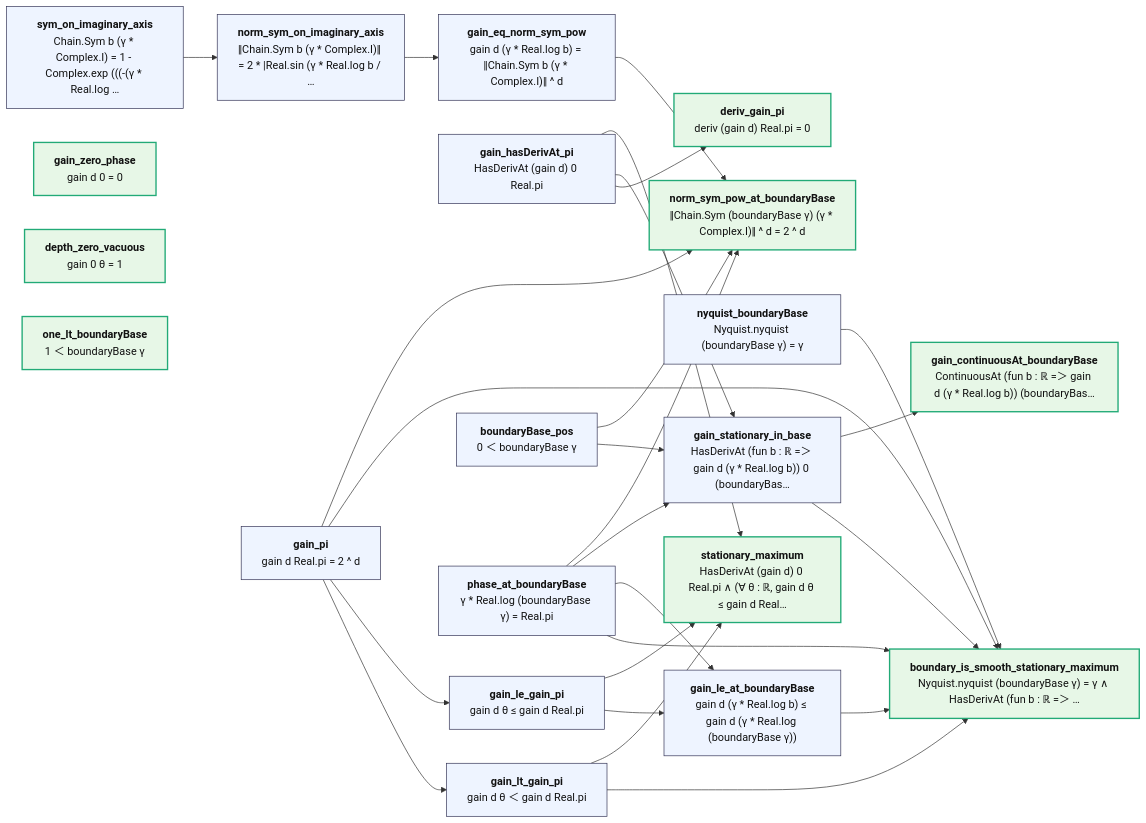
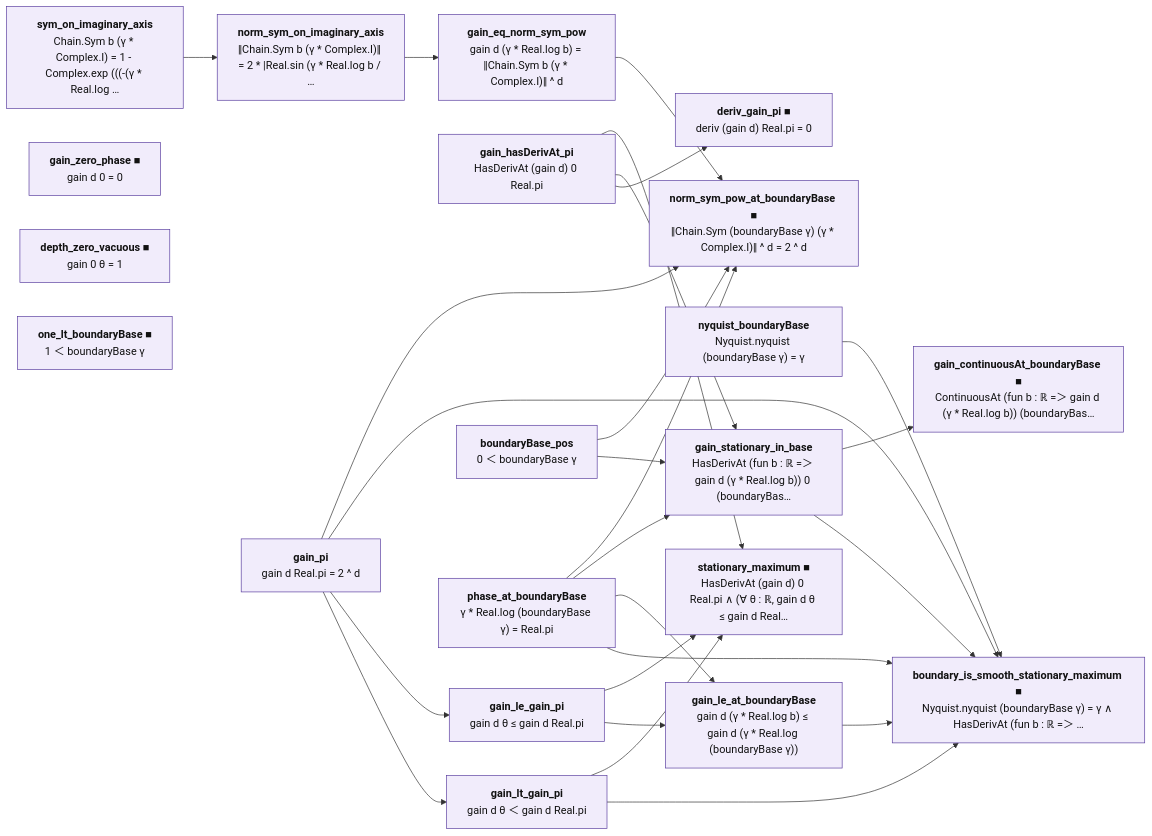
One commit to juliansambranojr/Primebeat_081426 changed the diagram in map/lean/NyquistPeak.md. Above: the diagram before and after it, drawn with Mermaid. The commit also changed other lines of this file and 398 other files, not shown here.

````diff
--- a/map/lean/NyquistPeak.md
+++ b/map/lean/NyquistPeak.md
@@ -12,52 +12,55 @@
 ```mermaid
 flowchart LR
-  n0["<b>sym_on_imaginary_axis</b><br/>Chain.Sym b (γ * Complex.I) = 1 - Complex.exp (((-(γ * Real.log …"]:::thm
-  n1["<b>norm_sym_on_imaginary_axis</b><br/>‖Chain.Sym b (γ * Complex.I)‖ = 2 * |Real.sin (γ * Real.log b / …"]:::thm
-  n2["<b>gain_eq_norm_sym_pow</b><br/>gain d (γ * Real.log b) = ‖Chain.Sym b (γ * Complex.I)‖ ^ d"]:::thm
-  n3["<b>gain_pi</b><br/>gain d Real.pi = 2 ^ d"]:::thm
-  n4["<b>gain_zero_phase</b><br/>gain d 0 = 0"]:::end_
-  n5["<b>gain_hasDerivAt_pi</b><br/>HasDerivAt (gain d) 0 Real.pi"]:::thm
-  n6["<b>deriv_gain_pi</b><br/>deriv (gain d) Real.pi = 0"]:::end_
-  n7["<b>gain_le_gain_pi</b><br/>gain d θ ≤ gain d Real.pi"]:::thm
-  n8["<b>gain_lt_gain_pi</b><br/>gain d θ ＜ gain d Real.pi"]:::thm
-  n9["<b>depth_zero_vacuous</b><br/>gain 0 θ = 1"]:::end_
-  n10["<b>stationary_maximum</b><br/>HasDerivAt (gain d) 0 Real.pi ∧ (∀ θ : ℝ, gain d θ ≤ gain d Real…"]:::end_
-  n11["<b>boundaryBase_pos</b><br/>0 ＜ boundaryBase γ"]:::thm
-  n12["<b>one_lt_boundaryBase</b><br/>1 ＜ boundaryBase γ"]:::end_
-  n13["<b>phase_at_boundaryBase</b><br/>γ * Real.log (boundaryBase γ) = Real.pi"]:::thm
-  n14["<b>nyquist_boundaryBase</b><br/>Nyquist.nyquist (boundaryBase γ) = γ"]:::thm
-  n15["<b>norm_sym_pow_at_boundaryBase</b><br/>‖Chain.Sym (boundaryBase γ) (γ * Complex.I)‖ ^ d = 2 ^ d"]:::end_
-  n16["<b>gain_stationary_in_base</b><br/>HasDerivAt (fun b : ℝ =＞ gain d (γ * Real.log b)) 0 (boundaryBas…"]:::thm
-  n17["<b>gain_continuousAt_boundaryBase</b><br/>ContinuousAt (fun b : ℝ =＞ gain d (γ * Real.log b)) (boundaryBas…"]:::end_
-  n18["<b>gain_le_at_boundaryBase</b><br/>gain d (γ * Real.log b) ≤ gain d (γ * Real.log (boundaryBase γ))"]:::thm
-  n19["<b>boundary_is_smooth_stationary_maximum</b><br/>Nyquist.nyquist (boundaryBase γ) = γ ∧ HasDerivAt (fun b : ℝ =＞ …"]:::end_
+  n0["<b>sym_on_imaginary_axis</b><br/>Chain.Sym b (γ * Complex.I) = 1 - Complex.exp (((-(γ * Real.log …"]:::shp
+  n1["<b>norm_sym_on_imaginary_axis</b><br/>‖Chain.Sym b (γ * Complex.I)‖ = 2 * |Real.sin (γ * Real.log b / …"]:::shp
+  n2["<b>gain_eq_norm_sym_pow</b><br/>gain d (γ * Real.log b) = ‖Chain.Sym b (γ * Complex.I)‖ ^ d"]:::shp
+  n3["<b>gain_pi</b><br/>gain d Real.pi = 2 ^ d"]:::shp
+  n4["<b>gain_zero_phase ■</b><br/>gain d 0 = 0"]:::shp
+  n5["<b>gain_hasDerivAt_pi</b><br/>HasDerivAt (gain d) 0 Real.pi"]:::shp
+  n6["<b>deriv_gain_pi ■</b><br/>deriv (gain d) Real.pi = 0"]:::shp
+  n7["<b>gain_le_gain_pi</b><br/>gain d θ ≤ gain d Real.pi"]:::shp
+  n8["<b>gain_lt_gain_pi</b><br/>gain d θ ＜ gain d Real.pi"]:::shp
+  n9["<b>depth_zero_vacuous ■</b><br/>gain 0 θ = 1"]:::shp
+  n10["<b>stationary_maximum ■</b><br/>HasDerivAt (gain d) 0 Real.pi ∧ (∀ θ : ℝ, gain d θ ≤ gain d Real…"]:::shp
+  n11["<b>boundaryBase_pos</b><br/>0 ＜ boundaryBase γ"]:::shp
+  n12["<b>one_lt_boundaryBase ■</b><br/>1 ＜ boundaryBase γ"]:::shp
+  n13["<b>phase_at_boundaryBase</b><br/>γ * Real.log (boundaryBase γ) = Real.pi"]:::shp
+  n14["<b>nyquist_boundaryBase</b><br/>Nyquist.nyquist (boundaryBase γ) = γ"]:::shp
+  n15["<b>norm_sym_pow_at_boundaryBase ■</b><br/>‖Chain.Sym (boundaryBase γ) (γ * Complex.I)‖ ^ d = 2 ^ d"]:::shp
+  n16["<b>gain_stationary_in_base</b><br/>HasDerivAt (fun b : ℝ =＞ gain d (γ * Real.log b)) 0 (boundaryBas…"]:::shp
+  n17["<b>gain_continuousAt_boundaryBase ■</b><br/>ContinuousAt (fun b : ℝ =＞ gain d (γ * Real.log b)) (boundaryBas…"]:::shp
+  n18["<b>gain_le_at_boundaryBase</b><br/>gain d (γ * Real.log b) ≤ gain d (γ * Real.log (boundaryBase γ))"]:::shp
+  n19["<b>boundary_is_smooth_stationary_maximum ■</b><br/>Nyquist.nyquist (boundaryBase γ) = γ ∧ HasDerivAt (fun b : ℝ =＞ …"]:::shp
   n0 --> n1
   n1 --> n2
   n11 --> n15
   n11 --> n16
   n13 --> n15
   n13 --> n16
   n13 --> n18
   n13 --> n19
   n14 --> n19
   n16 --> n17
   n16 --> n19
   n18 --> n19
   n2 --> n15
   n3 --> n15
   n3 --> n19
   n3 --> n7
   n3 --> n8
   n5 --> n10
   n5 --> n16
   n5 --> n6
   n7 --> n10
   n7 --> n18
   n8 --> n10
   n8 --> n19
+  classDef cnt fill:#dff5ec,stroke:#17694a,color:#111
+  classDef shp fill:#f1ecfb,stroke:#5b3fa0,color:#111
+  classDef rh fill:#ffe5e5,stroke:#c22,color:#111,stroke-width:2px
   classDef thm fill:#eef4ff,stroke:#335,color:#111
   classDef end_ fill:#e7f7e7,stroke:#2a7,color:#111,stroke-width:2px
   classDef lone fill:#fff,stroke:#999,color:#111,stroke-dasharray:4 3
   classDef bad fill:#ffe5e5,stroke:#c22,color:#111,stroke-width:2px
   classDef ext fill:#fff8e1,stroke:#b80,color:#111
 ```
````
